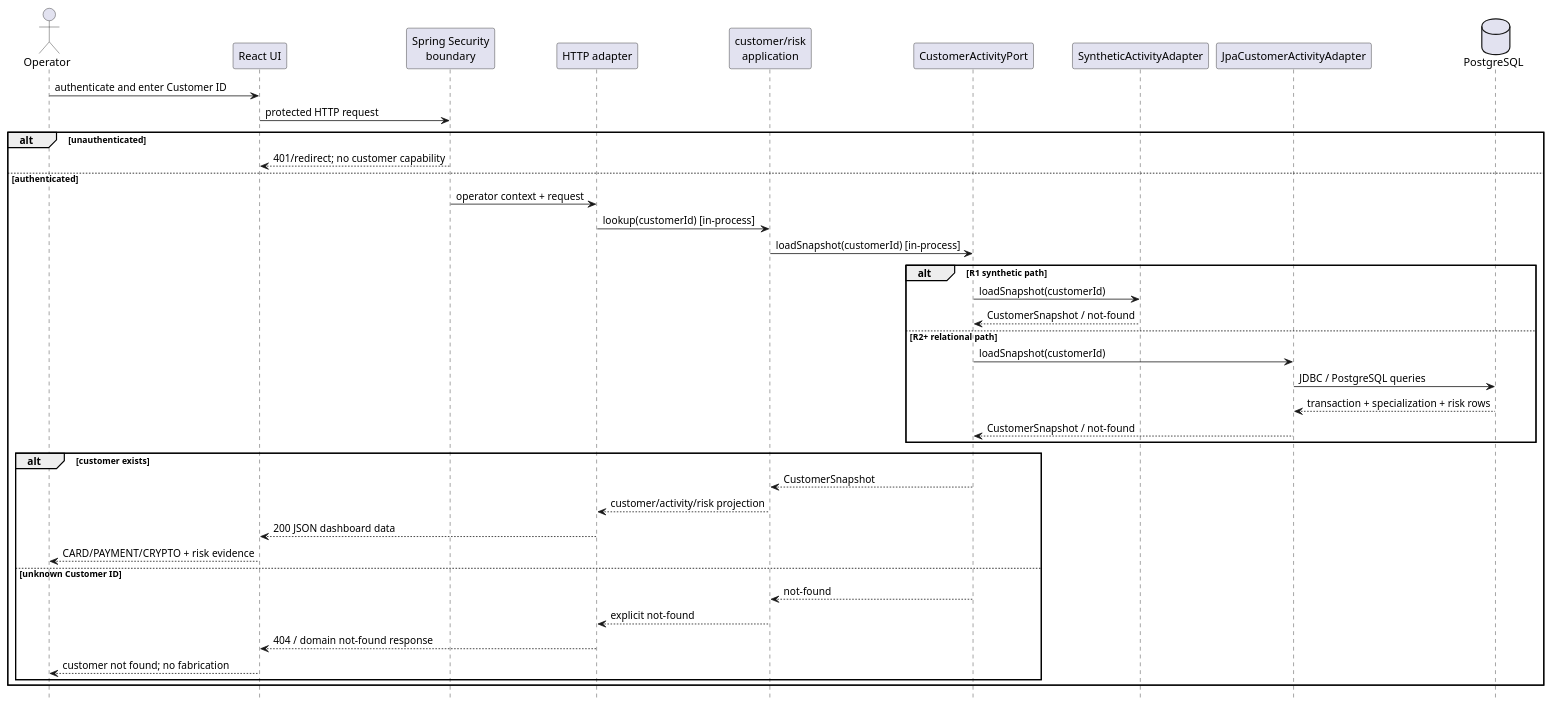
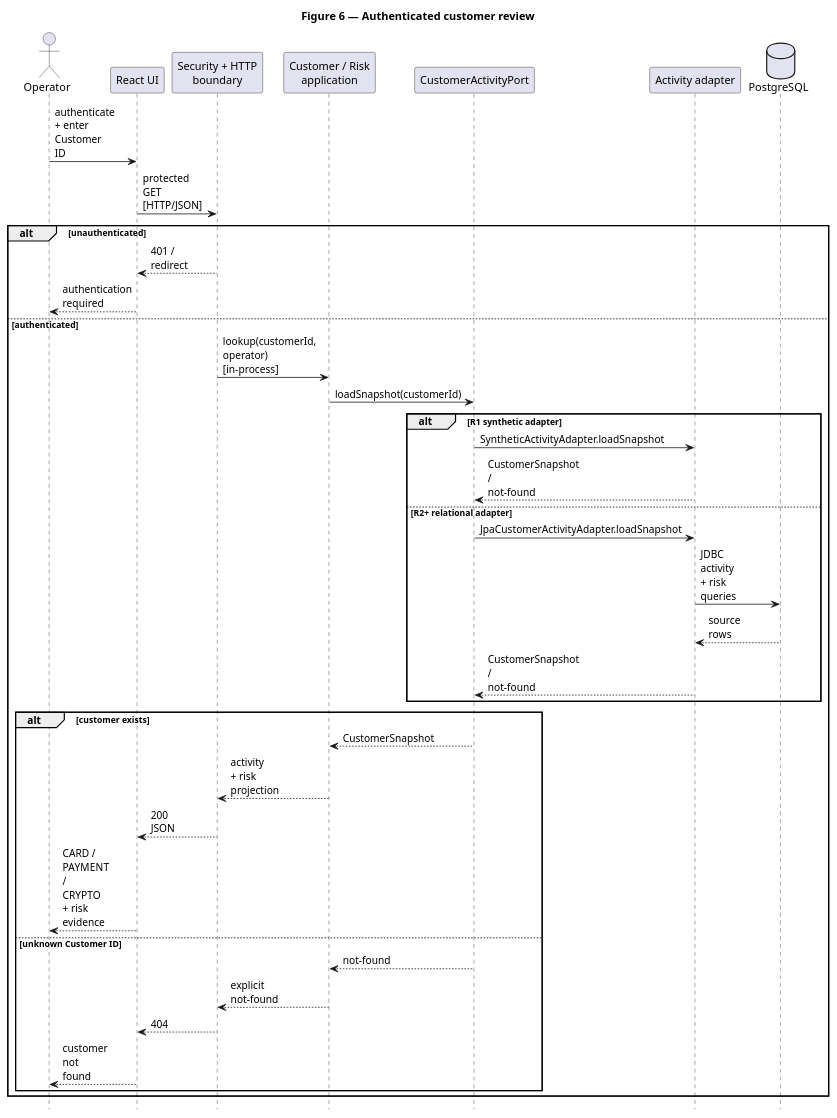
The diagram in docs/assignment/SDD/diagrams/sequence-customer-review.puml (jdoe-dev-159753/specgraph-reference-app), drawn with PlantUML before and after one commit. The commit also changed 46 other files, not shown here.

First line of the commit message:
docs: finalize readable SDD and architectural semantics (#78)

```diff
--- a/docs/assignment/SDD/diagrams/sequence-customer-review.puml
+++ b/docs/assignment/SDD/diagrams/sequence-customer-review.puml
@@ -1,42 +1,44 @@
 @startuml
+title Figure 6 — Authenticated customer review
 hide footbox
+skinparam maxMessageSize 52
+
 actor Operator
 participant "React UI" as UI
-participant "Spring Security\nboundary" as Auth
-participant "HTTP adapter" as Http
-participant "customer/risk\napplication" as App
+participant "Security + HTTP\nboundary" as Boundary
+participant "Customer / Risk\napplication" as App
 participant "CustomerActivityPort" as Port
-participant "SyntheticActivityAdapter" as Stub
-participant "JpaCustomerActivityAdapter" as Jpa
+participant "Activity adapter" as Adapter
 database "PostgreSQL" as DB
 
-Operator -> UI : authenticate and enter Customer ID
-UI -> Auth : protected HTTP request
+Operator -> UI : authenticate + enter Customer ID
+UI -> Boundary : protected GET [HTTP/JSON]
 alt unauthenticated
-  Auth --> UI : 401/redirect; no customer capability
+  Boundary --> UI : 401 / redirect
+  UI --> Operator : authentication required
 else authenticated
-  Auth -> Http : operator context + request
-  Http -> App : lookup(customerId) [in-process]
-  App -> Port : loadSnapshot(customerId) [in-process]
-  alt R1 synthetic path
-    Port -> Stub : loadSnapshot(customerId)
-    Stub --> Port : CustomerSnapshot / not-found
-  else R2+ relational path
-    Port -> Jpa : loadSnapshot(customerId)
-    Jpa -> DB : JDBC / PostgreSQL queries
-    DB --> Jpa : transaction + specialization + risk rows
-    Jpa --> Port : CustomerSnapshot / not-found
+  Boundary -> App : lookup(customerId, operator) [in-process]
+  App -> Port : loadSnapshot(customerId)
+  alt R1 synthetic adapter
+    Port -> Adapter : SyntheticActivityAdapter.loadSnapshot
+    Adapter --> Port : CustomerSnapshot / not-found
+  else R2+ relational adapter
+    Port -> Adapter : JpaCustomerActivityAdapter.loadSnapshot
+    Adapter -> DB : JDBC activity + risk queries
+    DB --> Adapter : source rows
+    Adapter --> Port : CustomerSnapshot / not-found
   end
+
   alt customer exists
     Port --> App : CustomerSnapshot
-    App --> Http : customer/activity/risk projection
-    Http --> UI : 200 JSON dashboard data
-    UI --> Operator : CARD/PAYMENT/CRYPTO + risk evidence
+    App --> Boundary : activity + risk projection
+    Boundary --> UI : 200 JSON
+    UI --> Operator : CARD / PAYMENT / CRYPTO + risk evidence
   else unknown Customer ID
     Port --> App : not-found
-    App --> Http : explicit not-found
-    Http --> UI : 404 / domain not-found response
-    UI --> Operator : customer not found; no fabrication
+    App --> Boundary : explicit not-found
+    Boundary --> UI : 404
+    UI --> Operator : customer not found
   end
 end
 @enduml
```
